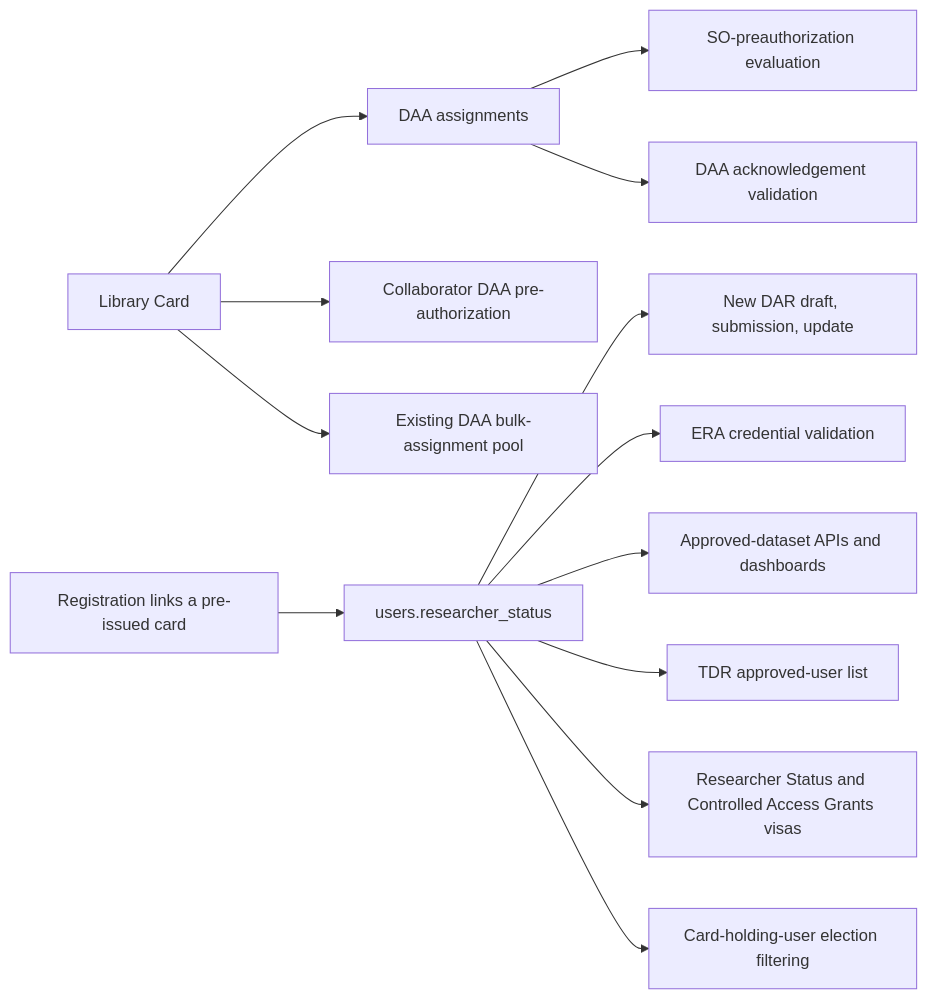
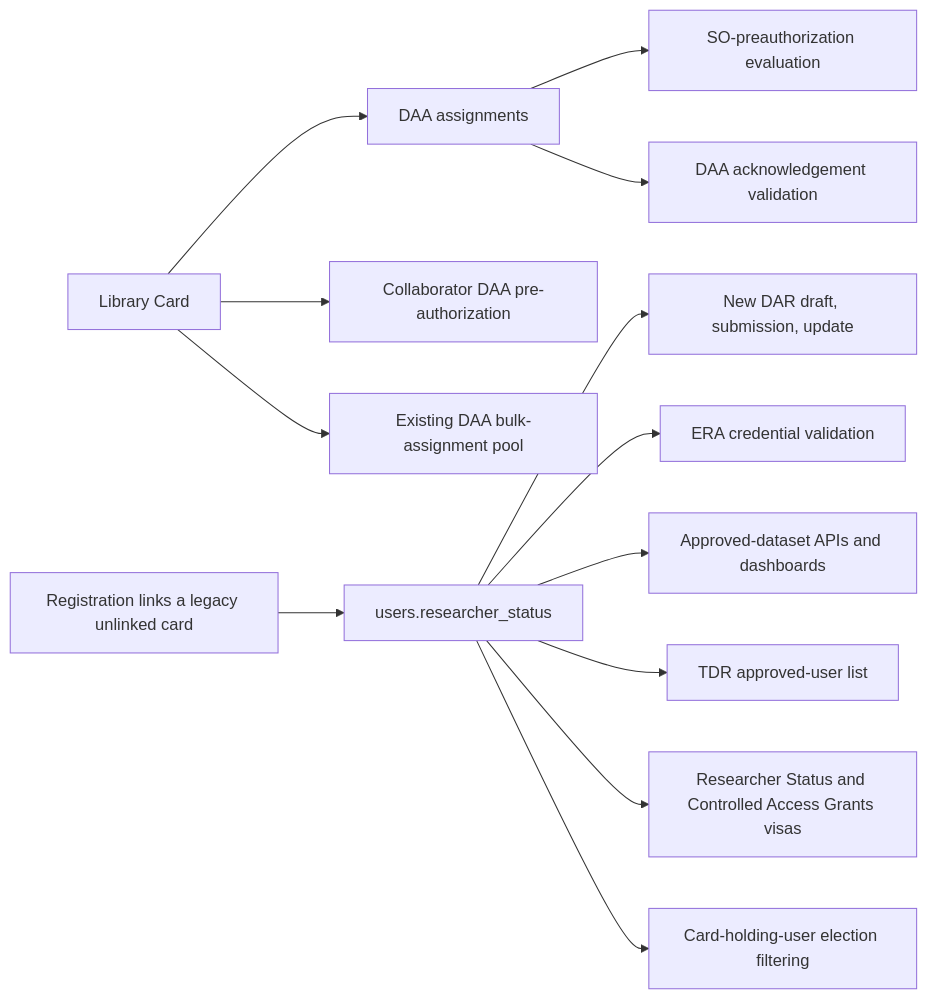
Before and after one commit to DataBiosphere/consent: the first of 3 diagrams in docs/plans/researcher-status-decoupling-plan.md, drawn with Mermaid. The commit also changed other lines of this file, not shown here.

````diff
--- a/docs/plans/researcher-status-decoupling-plan.md
+++ b/docs/plans/researcher-status-decoupling-plan.md
@@ -130,16 +113,16 @@
 ```mermaid
 flowchart LR
   Status[users.researcher_status] --> DAR[New DAR draft, submission, update]
   Status --> ERA[ERA credential validation]
   Status --> Dataset[Approved-dataset APIs and dashboards]
   Status --> TDR[TDR approved-user list]
   Status --> Passport[Researcher Status and Controlled Access Grants visas]
   Status --> Elections[Card-holding-user election filtering]
   LibraryCard --> Collab[Collaborator DAA pre-authorization]
   LibraryCard --> Eligible[Existing DAA bulk-assignment pool]
-  Reg[Registration links a pre-issued card] --> Status
+  Reg[Registration links a legacy unlinked card] --> Status
 
   LibraryCard[Library Card] --> DAAs[DAA assignments]
   DAAs --> SO[SO-preauthorization evaluation]
   DAAs --> Ack[DAA acknowledgement validation]
 ```
````
